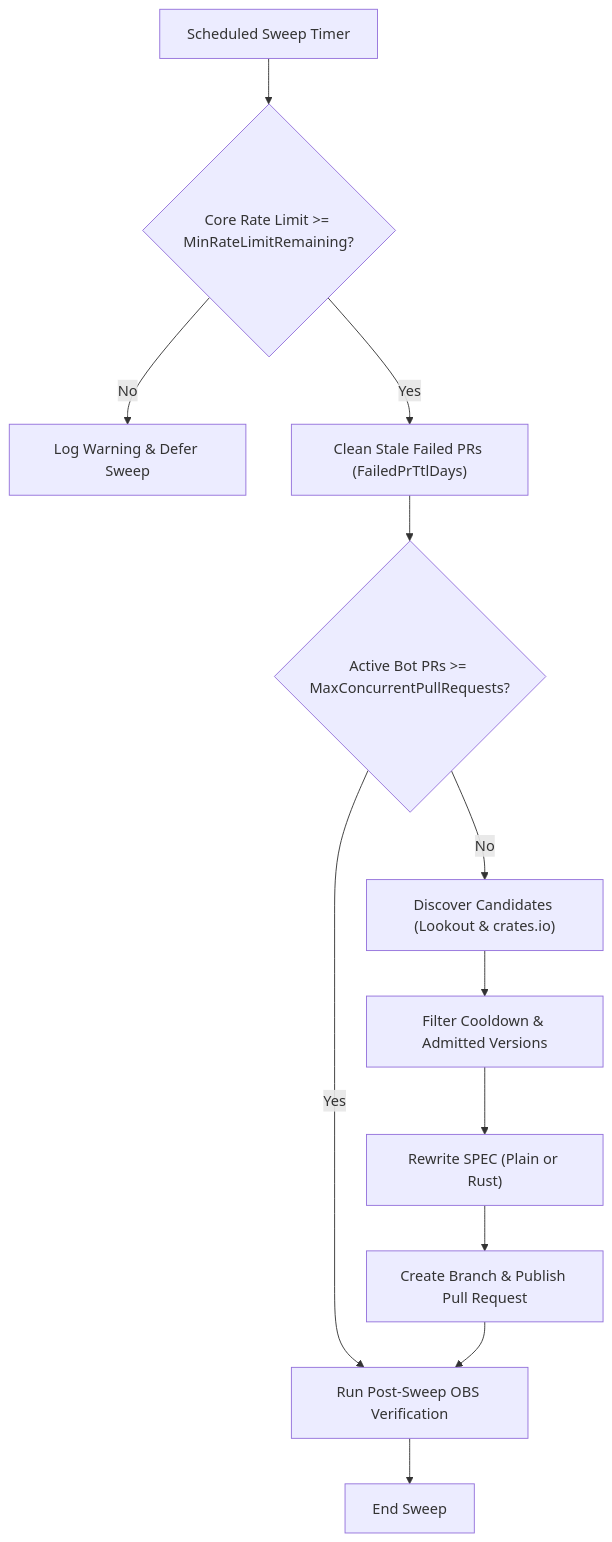
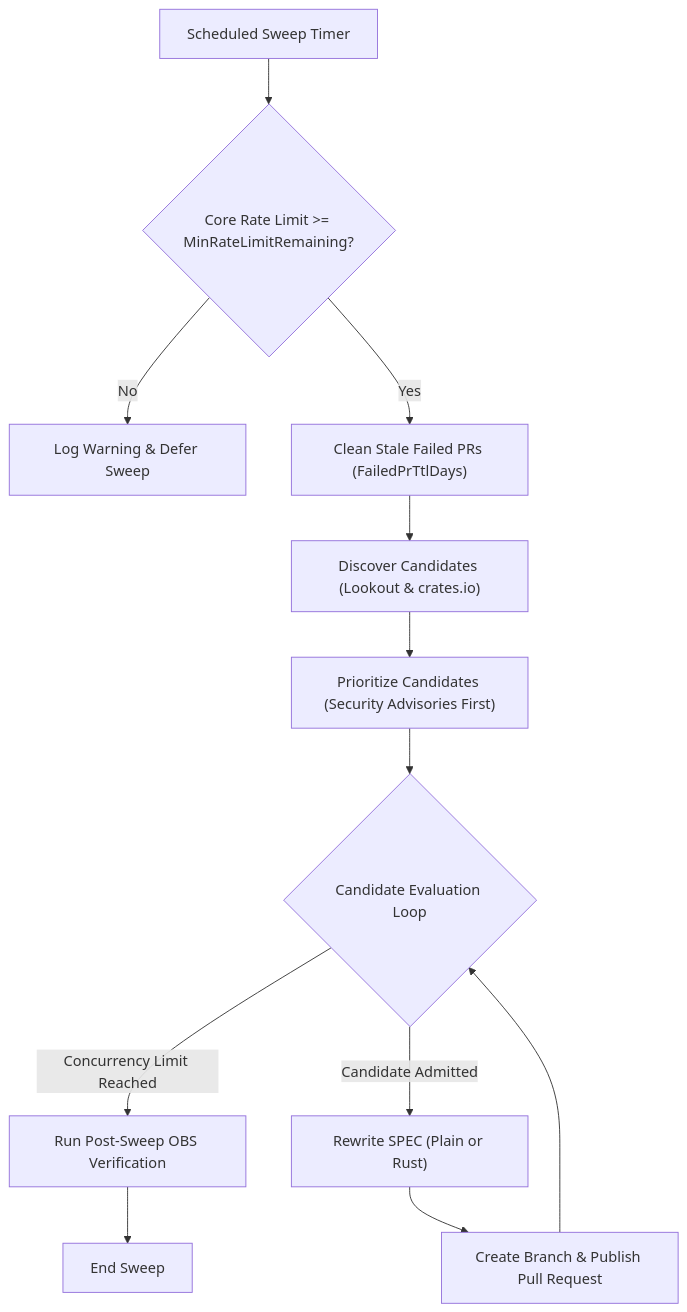
The diagram in docs/modules/package-update.md (openRuyi-Project/abaci-bot), drawn with Mermaid before and after one commit. The commit also changed other lines of this file and 14 other files, not shown here.

````diff
--- a/docs/modules/package-update.md
+++ b/docs/modules/package-update.md
@@ -19,14 +19,14 @@
 ```mermaid
 flowchart TD
     Start["Scheduled Sweep Timer"] --> QuotaCheck{"Core Rate Limit >= MinRateLimitRemaining?"}
     QuotaCheck -- No --> Defer["Log Warning & Defer Sweep"]
     QuotaCheck -- Yes --> CleanPrs["Clean Stale Failed PRs (FailedPrTtlDays)"]
-    CleanPrs --> ConcurrencyCheck{"Active Bot PRs >= MaxConcurrentPullRequests?"}
-    ConcurrencyCheck -- Yes --> PostTasks["Run Post-Sweep OBS Verification"]
-    ConcurrencyCheck -- No --> Discover["Discover Candidates (Lookout & crates.io)"]
-    Discover --> FilterCandidates["Filter Cooldown & Admitted Versions"]
-    FilterCandidates --> RewriteSpec["Rewrite SPEC (Plain or Rust)"]
+    CleanPrs --> Discover["Discover Candidates (Lookout & crates.io)"]
+    Discover --> Prioritize["Prioritize Candidates (Security Advisories First)"]
+    Prioritize --> Loop{"Candidate Evaluation Loop"}
+    Loop -- Concurrency Limit Reached --> PostTasks["Run Post-Sweep OBS Verification"]
+    Loop -- Candidate Admitted --> RewriteSpec["Rewrite SPEC (Plain or Rust)"]
     RewriteSpec --> PublishPr["Create Branch & Publish Pull Request"]
-    PublishPr --> PostTasks
+    PublishPr --> Loop
     PostTasks --> Done["End Sweep"]
 ```
````
